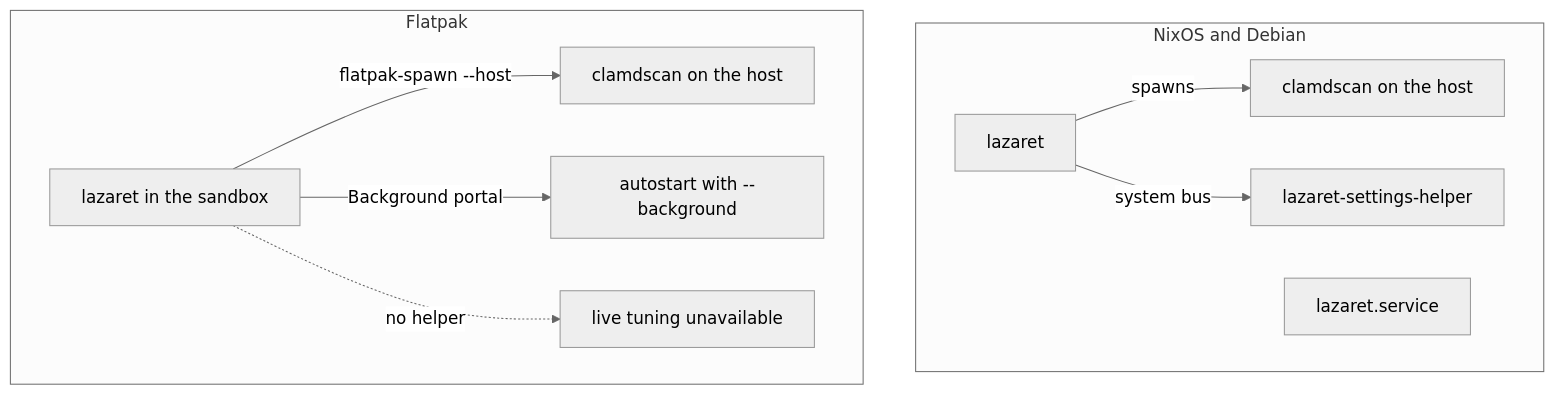
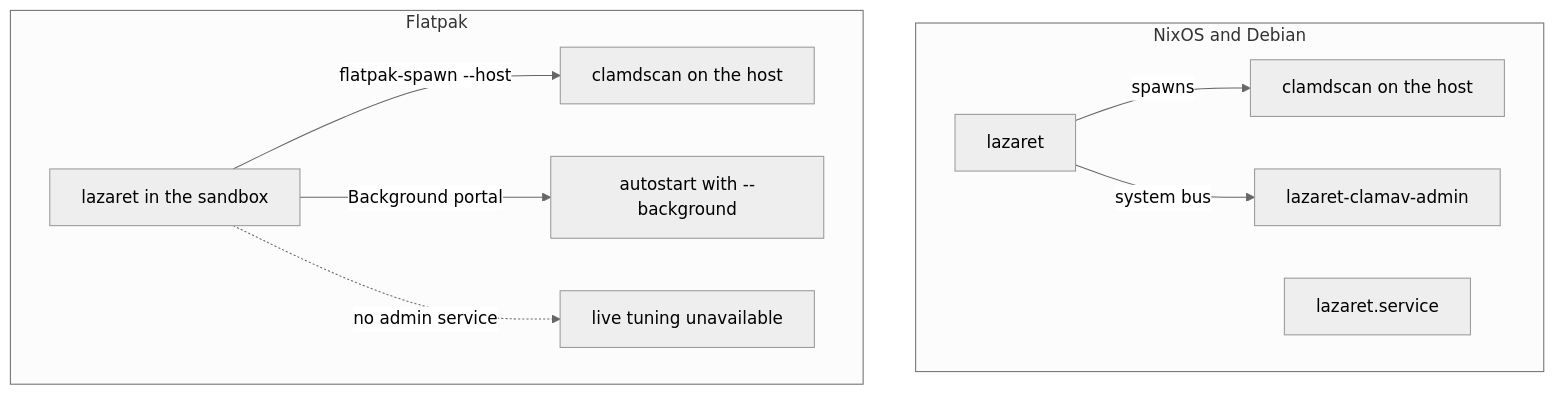
The eighth of 8 diagrams in docs/architecture.md (wvhulle/clamui), drawn with Mermaid (neutral theme) before and after one commit. The commit also changed other lines of this file and 53 other files, not shown here.

Commit message:
refactor: rename the settings helper to the ClamAV admin service

````diff
--- a/docs/architecture.md
+++ b/docs/architecture.md
@@ -222,13 +222,13 @@
 ```mermaid
 flowchart TB
     subgraph native["NixOS and Debian"]
         nativeApp["lazaret"] -->|spawns| nativeScanner["clamdscan on the host"]
-        nativeApp -->|system bus| nativeHelper["lazaret-settings-helper"]
+        nativeApp -->|system bus| nativeAdminService["lazaret-clamav-admin"]
         nativeService["lazaret.service"]
     end
     subgraph flatpak["Flatpak"]
         sandboxApp["lazaret in the sandbox"] -->|flatpak-spawn --host| sandboxScanner["clamdscan on the host"]
         sandboxApp -->|Background portal| autostart["autostart with --background"]
-        sandboxApp -.->|no helper| missing["live tuning unavailable"]
+        sandboxApp -.->|no admin service| missing["live tuning unavailable"]
     end
 ```
````
